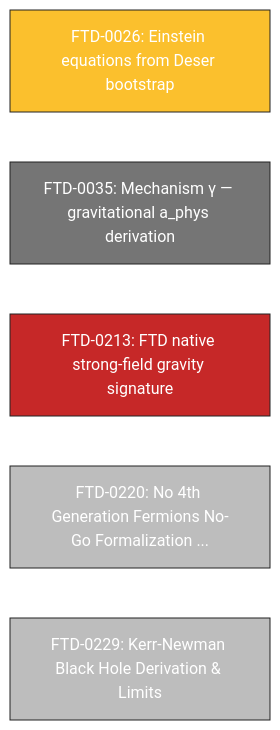
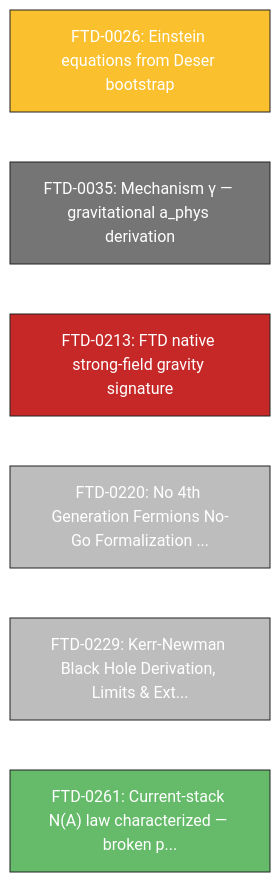
Before and after one commit to cpaci-tani/Foundational-Ternary-Dynamics: the eighth of 16 diagrams in docs/theory/09_mathematical/NODE_MAP_FTD_MATH.md, drawn with Mermaid (base theme). The commit also changed other lines of this file and 1 other file, not shown here.

First line of the commit message:
docs+scripts: FTD-0360 item 3 -- regenerate math node map from corrected LEDGER

````diff
--- a/docs/theory/09_mathematical/NODE_MAP_FTD_MATH.md
+++ b/docs/theory/09_mathematical/NODE_MAP_FTD_MATH.md
@@ -284,13 +369,15 @@
 ```mermaid
 graph LR
     FTD_0026["FTD-0026: Einstein equations from Deser bootstrap"]
     style FTD_0026 fill:#fbc02d,color:white,stroke:#222,stroke-width:1px
     FTD_0035["FTD-0035: Mechanism γ — gravitational a_phys derivation"]
     style FTD_0035 fill:#757575,color:white,stroke:#222,stroke-width:1px
     FTD_0213["FTD-0213: FTD native strong-field gravity signature"]
     style FTD_0213 fill:#c62828,color:white,stroke:#222,stroke-width:1px
     FTD_0220["FTD-0220: No 4th Generation Fermions No-Go Formalization ..."]
     style FTD_0220 fill:#bdbdbd,color:white,stroke:#222,stroke-width:1px
-    FTD_0229["FTD-0229: Kerr-Newman Black Hole Derivation & Limits"]
+    FTD_0229["FTD-0229: Kerr-Newman Black Hole Derivation, Limits & Ext..."]
     style FTD_0229 fill:#bdbdbd,color:white,stroke:#222,stroke-width:1px
+    FTD_0261["FTD-0261: Current-stack N(A) law characterized — broken p..."]
+    style FTD_0261 fill:#66bb6a,color:white,stroke:#222,stroke-width:1px
 ```
````
